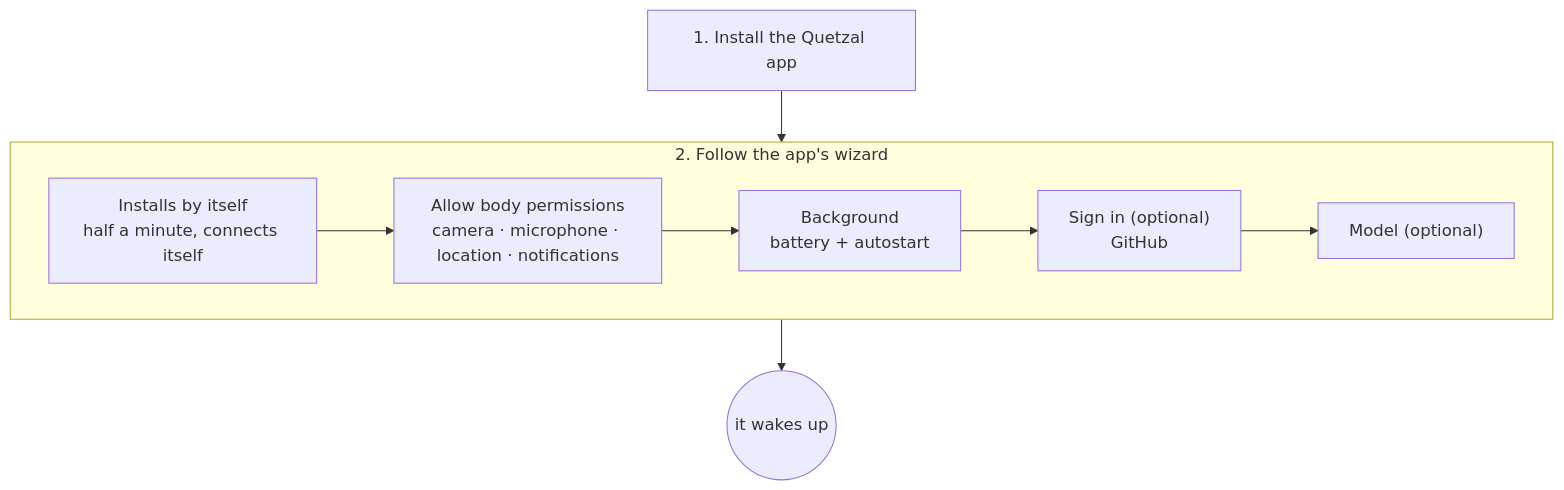
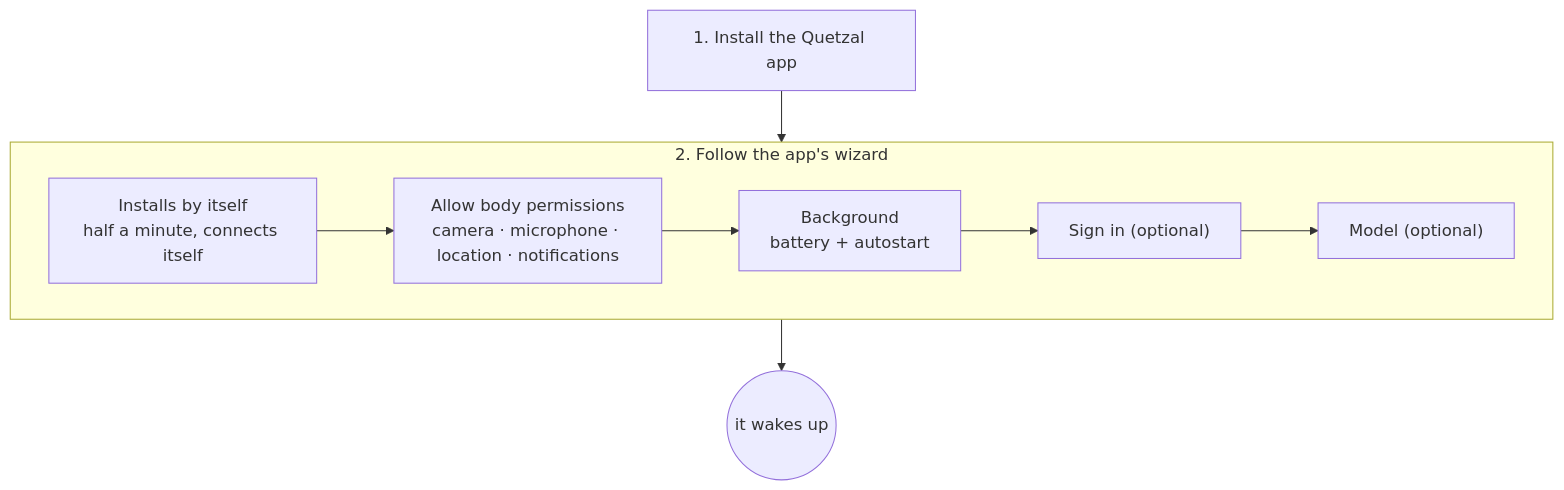
One commit to Causally-XYZ/Project.Quetzal changed the diagram in website/content/docs/en/start/install.md. Above: the diagram before and after it, drawn with Mermaid. The commit also changed other lines of this file and 24 other files, not shown here.

````diff
--- a/website/content/docs/en/start/install.md
+++ b/website/content/docs/en/start/install.md
@@ -10,9 +10,9 @@
 ```mermaid
 flowchart TB
   A["1. Install the Quetzal app"] --> C
   subgraph C["2. Follow the app's wizard"]
     direction LR
-    C1["Installs by itself<br/>half a minute, connects itself"] --> C2["Allow body permissions<br/>camera · microphone · location · notifications"] --> C3["Background<br/>battery + autostart"] --> C4["Sign in (optional)<br/>GitHub"] --> C5["Model (optional)"]
+    C1["Installs by itself<br/>half a minute, connects itself"] --> C2["Allow body permissions<br/>camera · microphone · location · notifications"] --> C3["Background<br/>battery + autostart"] --> C4["Sign in (optional)"] --> C5["Model (optional)"]
   end
   C --> E(("it wakes up"))
 ```
````
